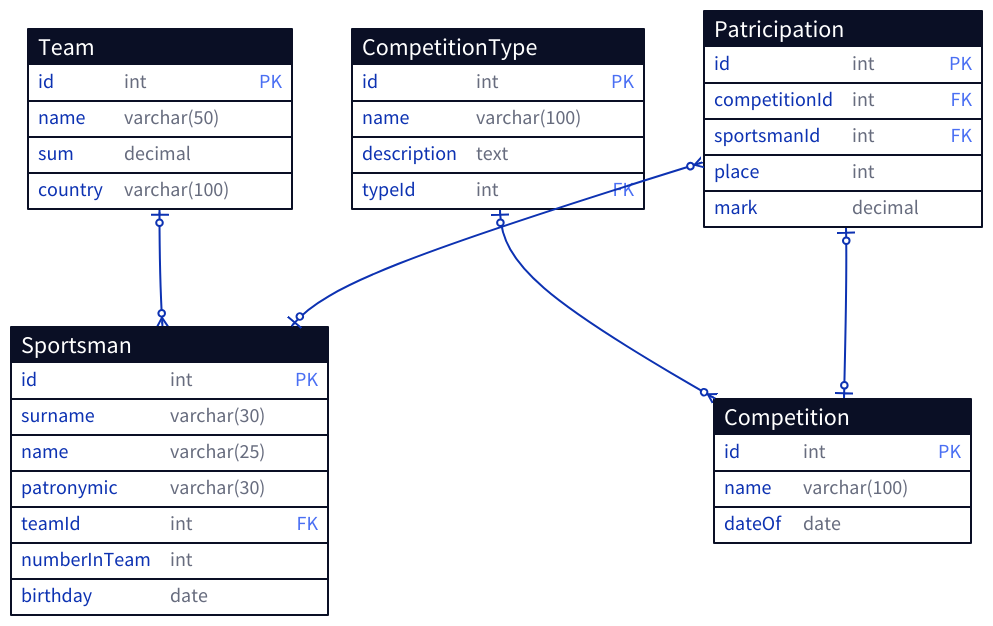
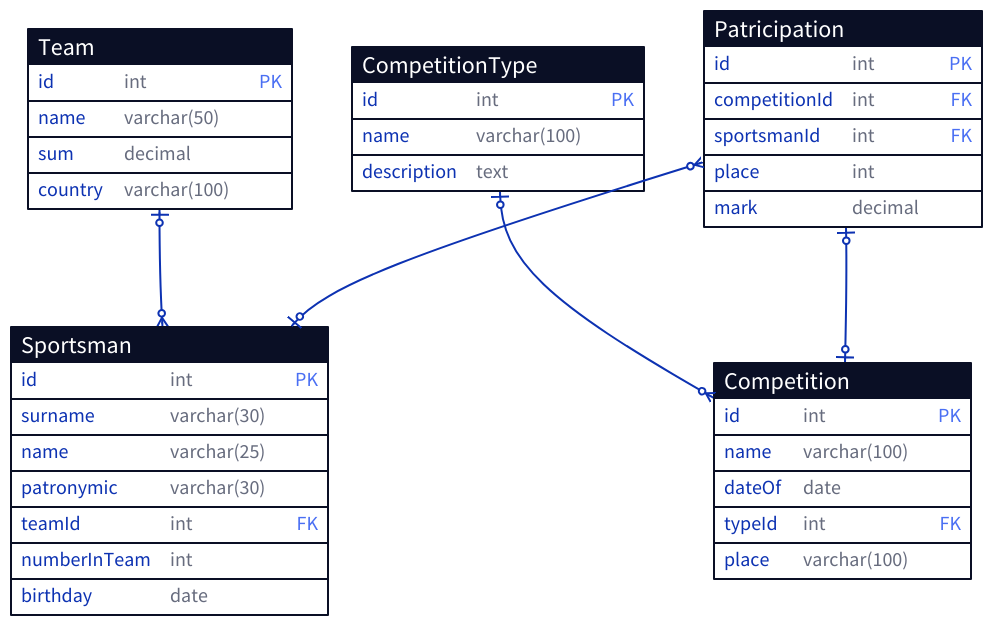
Before and after one commit to flown4qqqq/database_lab_1: the diagram in scheme.d2, drawn with D2. The commit also changed 1 other file, not shown here.

```diff
--- a/scheme.d2
+++ b/scheme.d2
@@ -1,78 +1,79 @@
 Team: {
   shape: sql_table
   id: int {constraint: primary_key}
   name: varchar(50)
   sum: decimal
   country: varchar(100)
 }
 
 Sportsman: {
   shape: sql_table
   id: int {constraint: primary_key}
   surname: varchar(30)
   name: varchar(25)
   patronymic: varchar(30)
   teamId: int {constraint: foreign_key}
   numberInTeam: int
   birthday: date
 }
 
 CompetitionType: {
   shape: sql_table
   id: int {constraint: primary_key}
   name: varchar(100)
   description: text
-  typeId: int {constraint: foreign_key}
 }
 
 Competition: {
   shape: sql_table
   id: int {constraint: primary_key}
   name: varchar(100)
   dateOf: date
+  typeId: int {constraint: foreign_key}
+  place: varchar(100)
 }
 
 Patricipation: {
   shape: sql_table
   id: int {constraint: primary_key}
   competitionId: int {constraint: foreign_key}
   sportsmanId: int {constraint: foreign_key}
   place: int
   mark: decimal
 }
 
 Team.id <-> Sportsman.teamId: {
   source-arrowhead: {
     shape: cf-one
   }
   target-arrowhead: {
     shape: cf-many
   }
 }
 
 CompetitionType.id <-> Competition.id: {
   source-arrowhead: {
     shape: cf-one
   }
   target-arrowhead: {
     shape: cf-many
   }
 }
 
 Patricipation.id <-> Competition.id: {
   source-arrowhead: {
     shape: cf-one
   }
   target-arrowhead: {
     shape: cf-one
   }
 }
 
 Patricipation.id <-> Sportsman.id: {
   source-arrowhead: {
     shape: cf-many
   }
   target-arrowhead: {
     shape: cf-one
   }
 }
```
